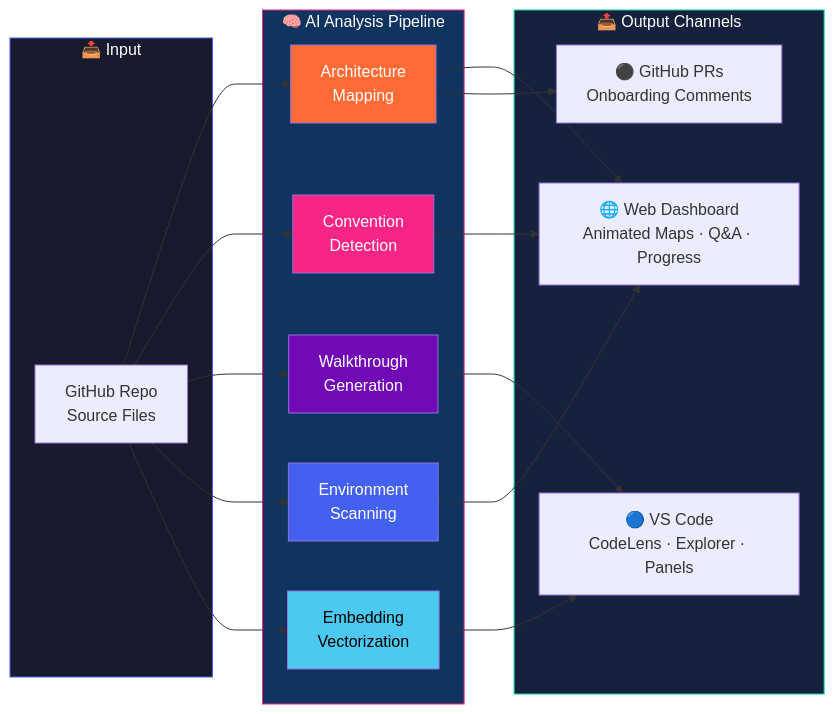
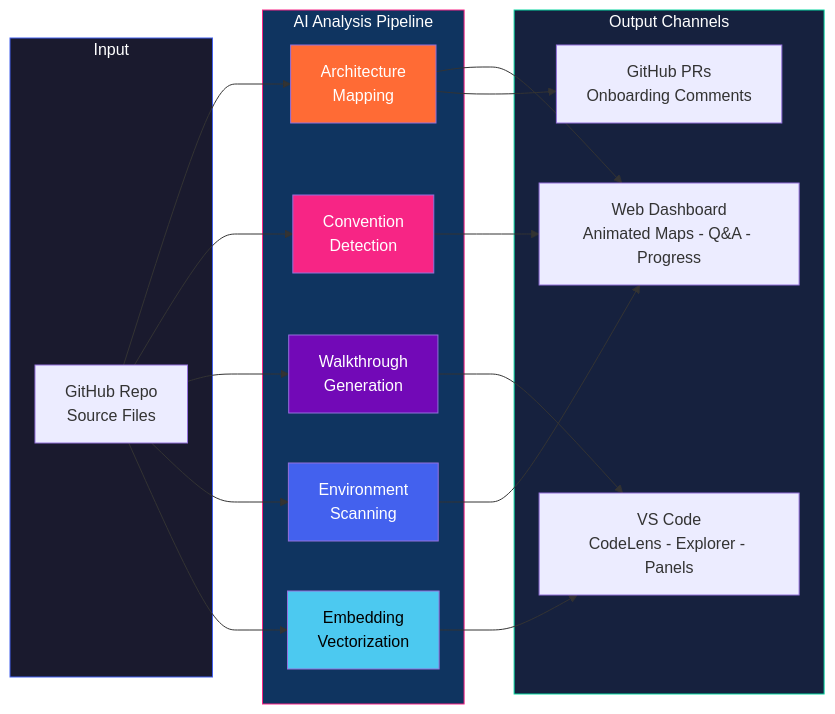
Before and after one commit to STIWARTs/AutoDev-AI: the third of 14 diagrams in README.md, drawn with Mermaid. The commit also changed other lines of this file, not shown here.

Commit message:
docs: fix mermaid parse errors - remove emojis from diagrams, fix S3 style typo

````diff
--- a/README.md
+++ b/README.md
@@ -197,41 +197,41 @@
 ```mermaid
 flowchart LR
-    subgraph INPUT["📥 Input"]
+    subgraph INPUT["Input"]
         style INPUT fill:#1a1a2e,stroke:#4361EE,color:#fff
         REPO["GitHub Repo\nSource Files"]
     end
 
-    subgraph ANALYSIS["🧠 AI Analysis Pipeline"]
+    subgraph ANALYSIS["AI Analysis Pipeline"]
         style ANALYSIS fill:#0f3460,stroke:#F72585,color:#fff
         ARCH["Architecture\nMapping"]
         CONV["Convention\nDetection"]
         WALK["Walkthrough\nGeneration"]
         ENV["Environment\nScanning"]
         EMBED["Embedding\nVectorization"]
     end
 
-    subgraph OUTPUT["📤 Output Channels"]
+    subgraph OUTPUT["Output Channels"]
         style OUTPUT fill:#16213e,stroke:#06D6A0,color:#fff
-        WEB["🌐 Web Dashboard\nAnimated Maps · Q&A · Progress"]
-        VSCODE["🔵 VS Code\nCodeLens · Explorer · Panels"]
-        GITHUB["⚫ GitHub PRs\nOnboarding Comments"]
+        WEB["Web Dashboard\nAnimated Maps - Q&A - Progress"]
+        VSCODE["VS Code\nCodeLens - Explorer - Panels"]
+        GITHUB["GitHub PRs\nOnboarding Comments"]
     end
 
     REPO --> ARCH
     REPO --> CONV
     REPO --> WALK
     REPO --> ENV
     REPO --> EMBED
     ARCH --> WEB
     CONV --> WEB
     WALK --> VSCODE
     ENV --> WEB
     EMBED --> VSCODE
     ARCH --> GITHUB
 
     style ARCH fill:#FF6B35,color:#fff
     style CONV fill:#F72585,color:#fff
     style WALK fill:#7209B7,color:#fff
     style ENV fill:#4361EE,color:#fff
     style EMBED fill:#4CC9F0,color:#000
 ```
````
